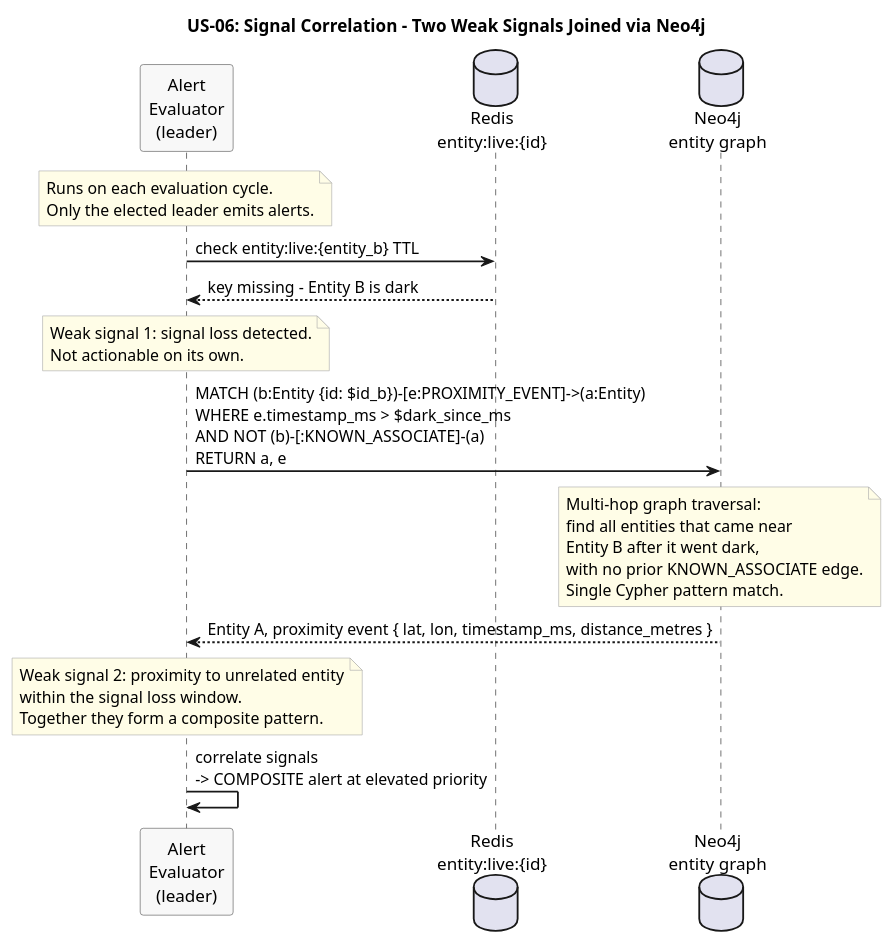
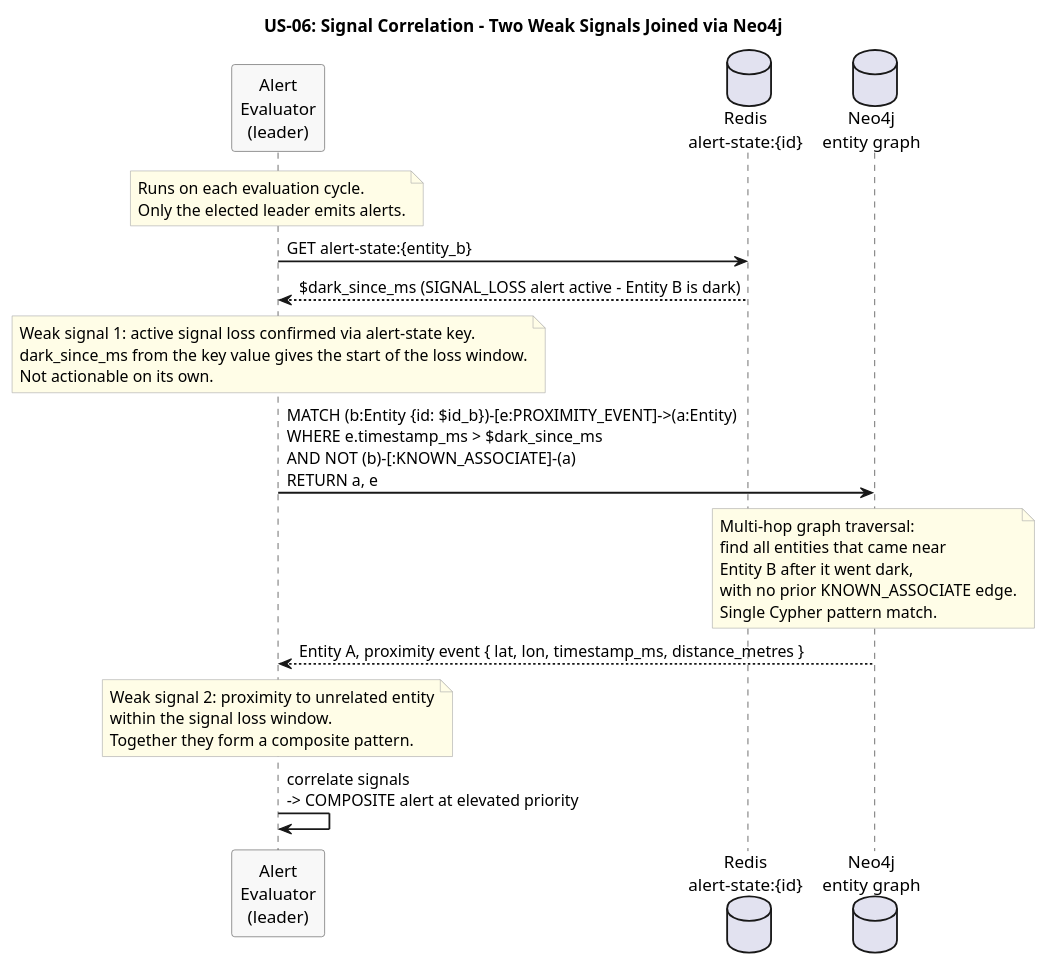
One commit to Buffden/sentinel changed the diagram in docs/use-cases/US-06-composite-alert/signal-correlation.puml. Above: the diagram before and after it, drawn with PlantUML. The commit also changed 5 other files, not shown here.

First line of the commit message:
docs: fix signal loss detection flow and alert-state key lifecycle in diagrams

```diff
--- a/docs/use-cases/US-06-composite-alert/signal-correlation.puml
+++ b/docs/use-cases/US-06-composite-alert/signal-correlation.puml
@@ -1,47 +1,48 @@
 @startuml signal-correlation
 title US-06: Signal Correlation - Two Weak Signals Joined via Neo4j
 
 skinparam sequenceArrowThickness 1.5
 skinparam participantBorderColor #555555
 skinparam participantBackgroundColor #F8F8F8
 skinparam noteBorderColor #AAAAAA
 skinparam noteBackgroundColor #FFFDE7
 
 participant "Alert\nEvaluator\n(leader)" as Evaluator
-database "Redis\nentity:live:{id}" as Redis
+database "Redis\nalert-state:{id}" as AlertState
 database "Neo4j\nentity graph" as Neo4j
 
 note over Evaluator
   Runs on each evaluation cycle.
   Only the elected leader emits alerts.
 end note
 
-Evaluator -> Redis : check entity:live:{entity_b} TTL
-Redis --> Evaluator : key missing - Entity B is dark
+Evaluator -> AlertState : GET alert-state:{entity_b}
+AlertState --> Evaluator : $dark_since_ms (SIGNAL_LOSS alert active - Entity B is dark)
 
 note over Evaluator
-  Weak signal 1: signal loss detected.
+  Weak signal 1: active signal loss confirmed via alert-state key.
+  dark_since_ms from the key value gives the start of the loss window.
   Not actionable on its own.
 end note
 
 Evaluator -> Neo4j : MATCH (b:Entity {id: $id_b})-[e:PROXIMITY_EVENT]->(a:Entity)\nWHERE e.timestamp_ms > $dark_since_ms\nAND NOT (b)-[:KNOWN_ASSOCIATE]-(a)\nRETURN a, e
 
 note over Neo4j
   Multi-hop graph traversal:
   find all entities that came near
   Entity B after it went dark,
   with no prior KNOWN_ASSOCIATE edge.
   Single Cypher pattern match.
 end note
 
 Neo4j --> Evaluator : Entity A, proximity event { lat, lon, timestamp_ms, distance_metres }
 
 note over Evaluator
   Weak signal 2: proximity to unrelated entity
   within the signal loss window.
   Together they form a composite pattern.
 end note
 
 Evaluator -> Evaluator : correlate signals\n-> COMPOSITE alert at elevated priority
 
 @enduml
```
